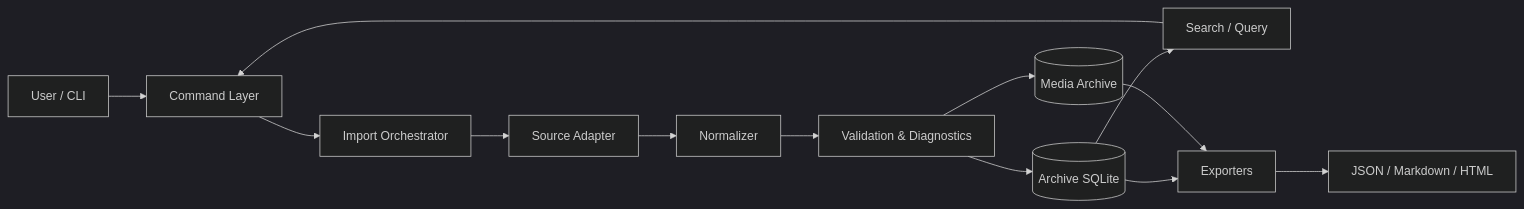
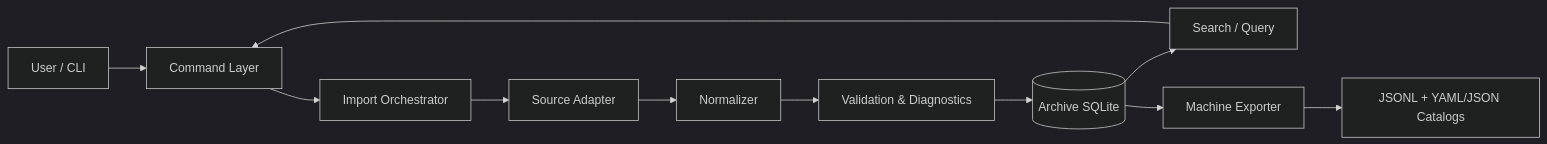
One commit to lybym/WeArchive changed the first of 3 diagrams in docs/ARCHITECTURE.md. Above: the diagram before and after it, drawn with Mermaid (dark theme). The commit also changed other lines of this file, not shown here.

Commit message:
docs: align architecture with text-only export model

````diff
--- a/docs/ARCHITECTURE.md
+++ b/docs/ARCHITECTURE.md
@@ -17,27 +21,24 @@
 ```mermaid
 flowchart LR
     U[User / CLI]
     C[Command Layer]
     O[Import Orchestrator]
     A[Source Adapter]
     N[Normalizer]
     V[Validation & Diagnostics]
     S[(Archive SQLite)]
-    M[(Media Archive)]
     Q[Search / Query]
-    E[Exporters]
-    X[JSON / Markdown / HTML]
+    E[Machine Exporter]
+    X[JSONL + YAML/JSON Catalogs]
 
     U --> C
     C --> O
     O --> A
     A --> N
     N --> V
     V --> S
-    V --> M
     S --> Q
     S --> E
-    M --> E
     Q --> C
     E --> X
 ```
````
